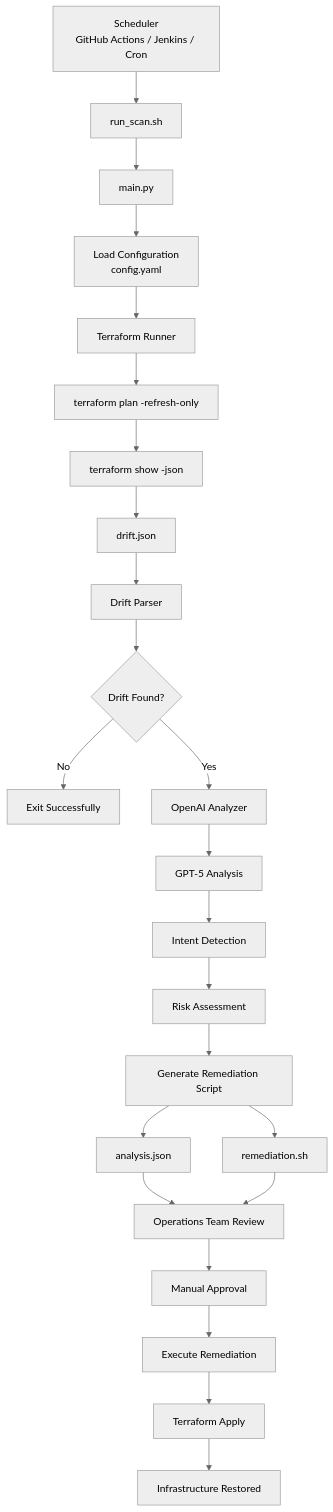
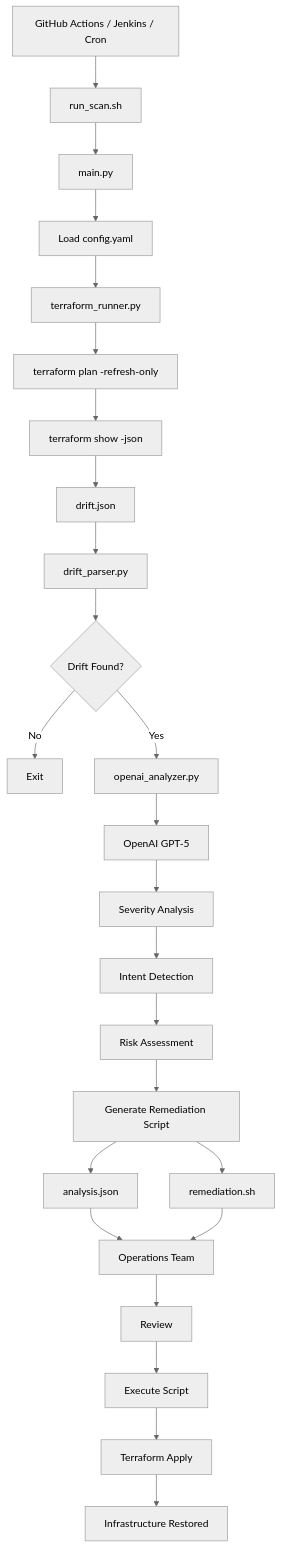
Before and after one commit to sakshigautam/Terraform-Drift-Detector-PythonCode: the diagram in README.md, drawn with Mermaid (neutral theme). The commit also changed other lines of this file, not shown here.

````diff
--- a/README.md
+++ b/README.md
@@ -6,49 +6,42 @@
 ```mermaid
 flowchart TD
 
-    A["Scheduler<br/>GitHub Actions / Jenkins / Cron"] --> B["run_scan.sh"]
+    A[GitHub Actions / Jenkins / Cron] --> B[run_scan.sh]
+    B --> C[main.py]
 
-    B --> C["main.py"]
+    C --> D[Load config.yaml]
 
-    C --> D["Load Configuration<br/>config.yaml"]
+    D --> E[terraform_runner.py]
 
-    D --> E["Terraform Runner"]
+    E --> F[terraform plan -refresh-only]
+    F --> G[terraform show -json]
 
-    E --> F["terraform plan -refresh-only"]
+    G --> H[drift.json]
 
-    F --> G["terraform show -json"]
+    H --> I[drift_parser.py]
 
-    G --> H["drift.json"]
+    I --> J{Drift Found?}
 
-    H --> I["Drift Parser"]
+    J -->|No| K[Exit]
 
-    I --> J{"Drift Found?"}
+    J -->|Yes| L[openai_analyzer.py]
 
-    J -->|No| K["Exit Successfully"]
+    L --> M[OpenAI GPT-5]
 
-    J -->|Yes| L["OpenAI Analyzer"]
+    M --> N[Severity Analysis]
+    N --> O[Intent Detection]
+    O --> P[Risk Assessment]
+    P --> Q[Generate Remediation Script]
 
-    L --> M["GPT-5 Analysis"]
+    Q --> R[analysis.json]
+    Q --> S[remediation.sh]
 
-    M --> N["Intent Detection"]
+    R --> T[Operations Team]
+    S --> T
 
-    N --> O["Risk Assessment"]
+    T --> U[Review]
+    U --> V[Execute Script]
 
-    O --> P["Generate Remediation Script"]
-
-    P --> Q["analysis.json"]
-
-    P --> R["remediation.sh"]
-
-    Q --> S["Operations Team Review"]
-
-    R --> S
-
-    S --> T["Manual Approval"]
-
-    T --> U["Execute Remediation"]
-
-    U --> V["Terraform Apply"]
-
-    V --> W["Infrastructure Restored"]
+    V --> W[Terraform Apply]
+    W --> X[Infrastructure Restored]
 ```
````
